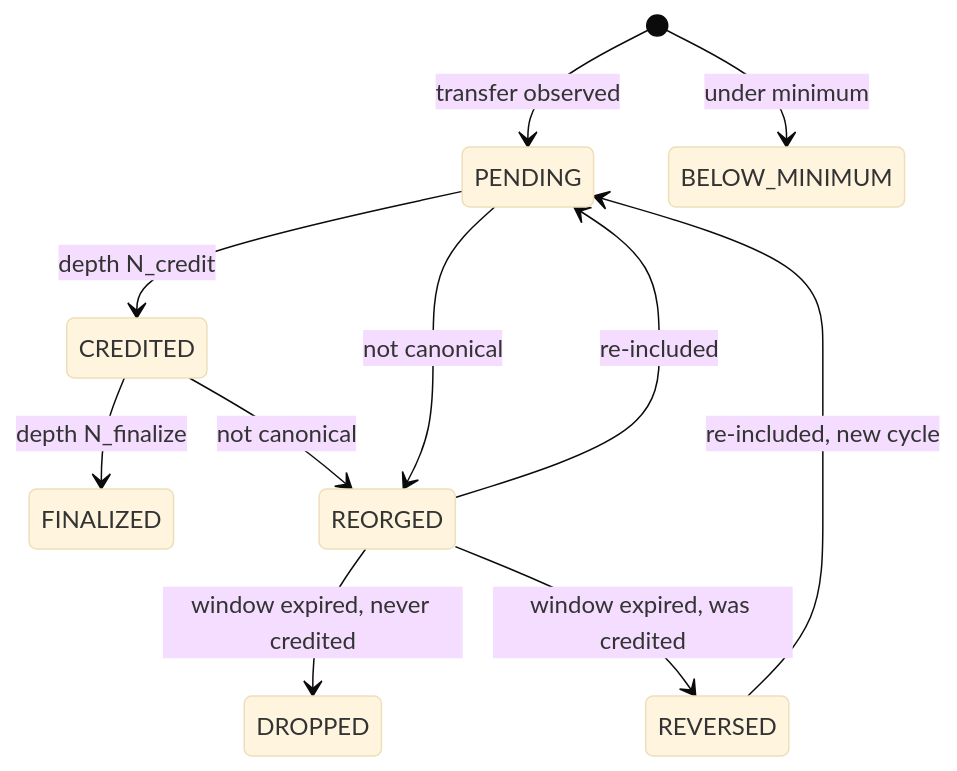
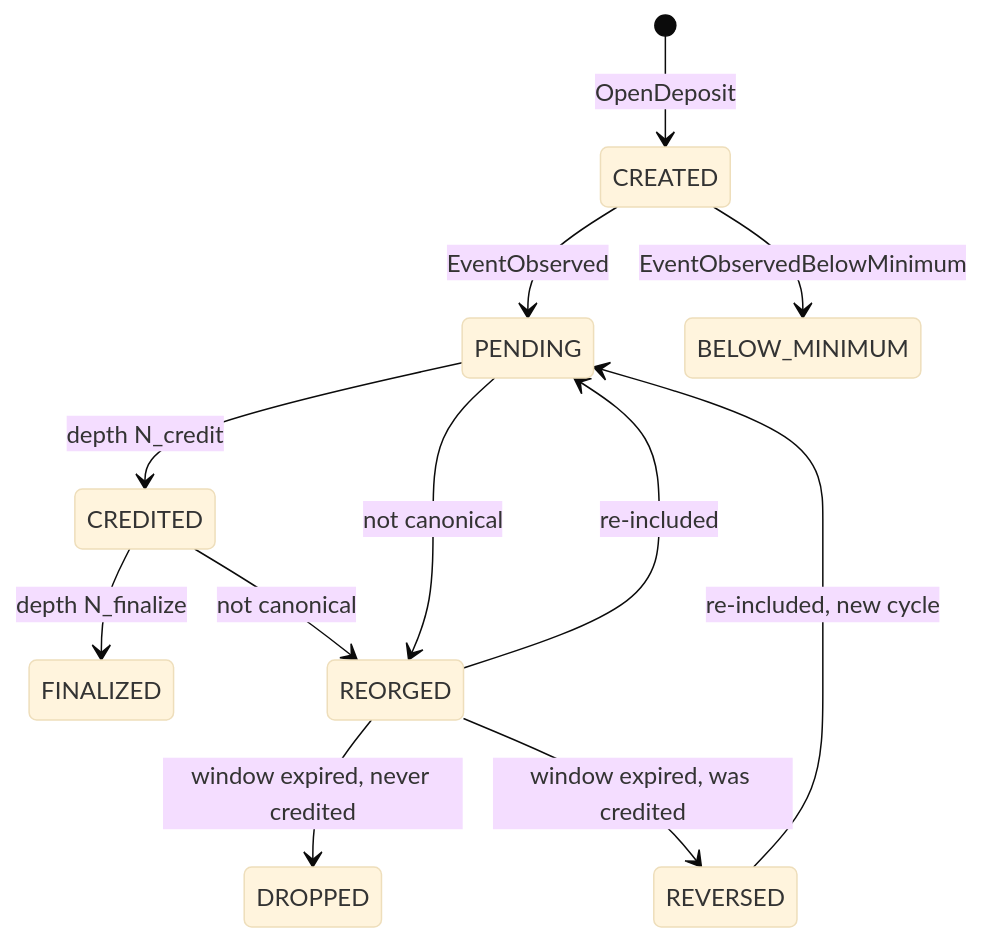
The diagram in docs/state-machine.md (peterzzshi/multi-chain-deposit-crediting-system), drawn with Mermaid (base theme) before and after one commit. The commit also changed other lines of this file and 14 other files, not shown here.

````diff
--- a/docs/state-machine.md
+++ b/docs/state-machine.md
@@ -5,15 +5,17 @@
 ```mermaid
 stateDiagram-v2
-    [*] --> PENDING: transfer observed
-    [*] --> BELOW_MINIMUM: under minimum
+    [*] --> CREATED: OpenDeposit
+    
+    CREATED --> PENDING: EventObserved
+    CREATED --> BELOW_MINIMUM: EventObservedBelowMinimum
 
     PENDING --> CREDITED: depth N_credit
     CREDITED --> FINALIZED: depth N_finalize
 
     PENDING --> REORGED: not canonical
     CREDITED --> REORGED: not canonical
     REORGED --> PENDING: re-included
     REORGED --> DROPPED: window expired, never credited
     REORGED --> REVERSED: window expired, was credited
     REVERSED --> PENDING: re-included, new cycle
 ```
````
